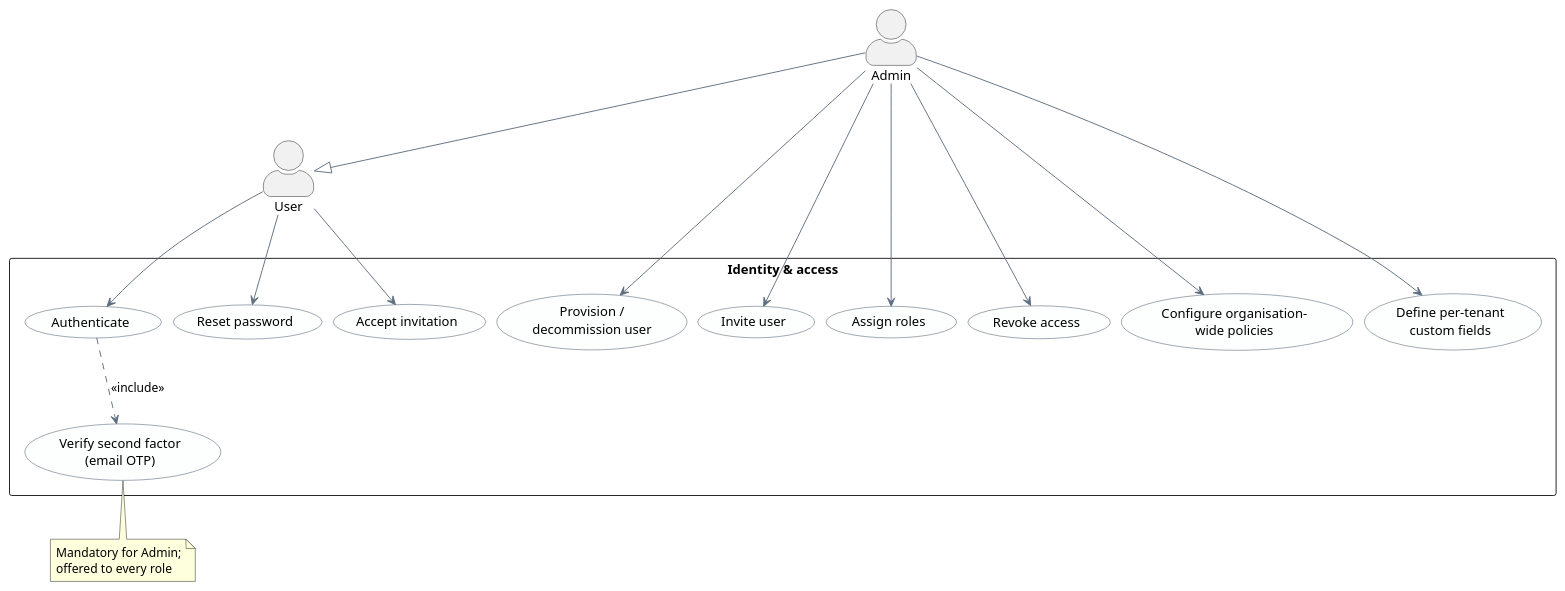
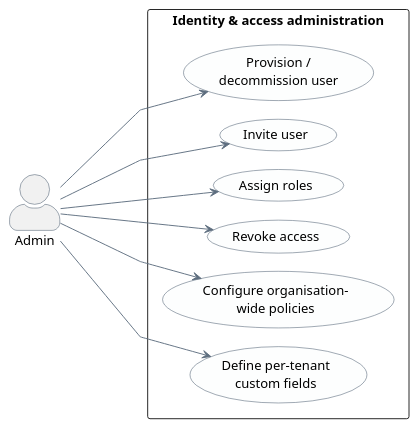
The diagram in report/Chapter2/figures/uc-identity.puml (idris-saddi/pfe-report), drawn with PlantUML before and after one commit. The commit also changed 66 other files, not shown here.

```diff
--- a/report/Chapter2/figures/uc-identity.puml
+++ b/report/Chapter2/figures/uc-identity.puml
@@ -1,53 +1,44 @@
 @startuml uc-identity
 '==============================================================================
-' Detailed use cases: Identity & access (Sec. 4.7).
-' Render:  plantuml -tsvg uc-identity.puml && \
-'          rsvg-convert -f pdf -o uc-identity.pdf uc-identity.svg
+' Detailed use cases: Identity & access administration.
+' Standard arrangement: actor LEFT, use cases in the boundary MIDDLE.
+' The authentication cases shared by every role live in uc-authentication;
+' this diagram keeps the Admin-side administration cases. No out-of-scope
+' actor appears here, so no scope colouring (supervisor feedback).
+' Render:  make figures
 '==============================================================================
 left to right direction
 skinparam shadowing false
 skinparam defaultFontName Helvetica
 skinparam packageStyle rectangle
 skinparam actorStyle awesome
-skinparam ranksep 60
-skinparam nodesep 12
+skinparam linetype polyline
+skinparam ranksep 110
+skinparam nodesep 20
 skinparam usecase {
   BorderColor      #34495E
   BackgroundColor  #FDFEFE
   ArrowColor       #5D6D7E
 }
+skinparam actor {
+  BorderColor      #34495E
+}
 
-actor "User"  as user
 actor "Admin" as admin
-admin --|> user
 
-rectangle "Identity & access" {
-  usecase "Authenticate"                  as UC_auth
-  usecase "Verify second factor\n(email OTP)" as UC_mfa
-  usecase "Reset password"                as UC_reset
-  usecase "Accept invitation"             as UC_acceptinv
+rectangle "Identity & access administration" {
   usecase "Provision /\ndecommission user" as UC_users
   usecase "Invite user"                   as UC_invite
   usecase "Assign roles"                  as UC_roles
   usecase "Revoke access"                 as UC_revoke
   usecase "Configure organisation-\nwide policies" as UC_policy
   usecase "Define per-tenant\ncustom fields"  as UC_custom
 }
 
-user  --> UC_auth
-user  --> UC_reset
-user  --> UC_acceptinv
-UC_auth ..> UC_mfa : <<include>>
-
 admin --> UC_users
 admin --> UC_invite
 admin --> UC_roles
 admin --> UC_revoke
 admin --> UC_policy
 admin --> UC_custom
-
-note bottom of UC_mfa
-  Mandatory for Admin;
-  offered to every role
-end note
 @enduml
```
